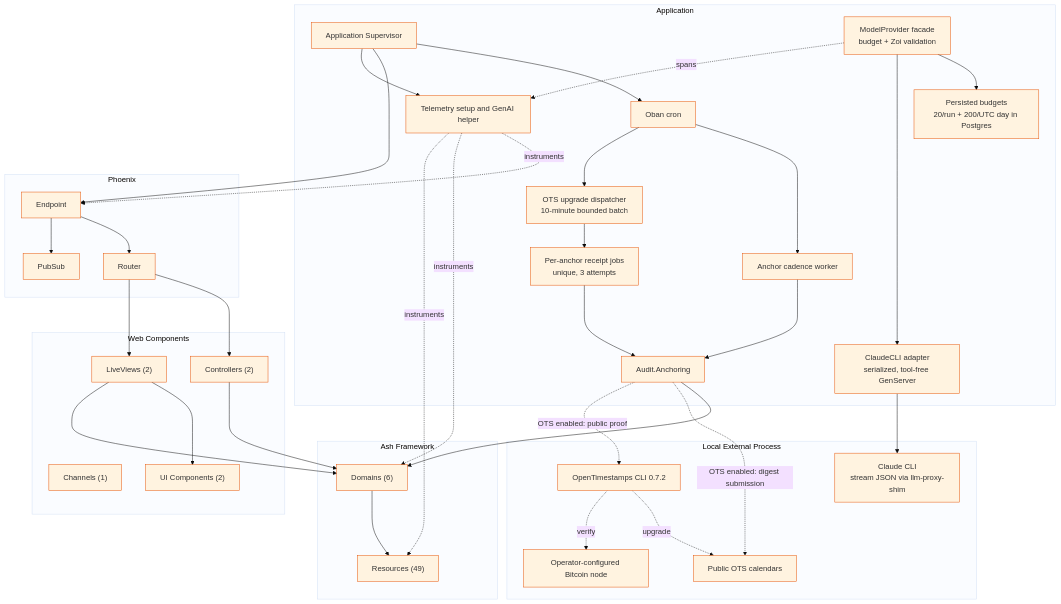
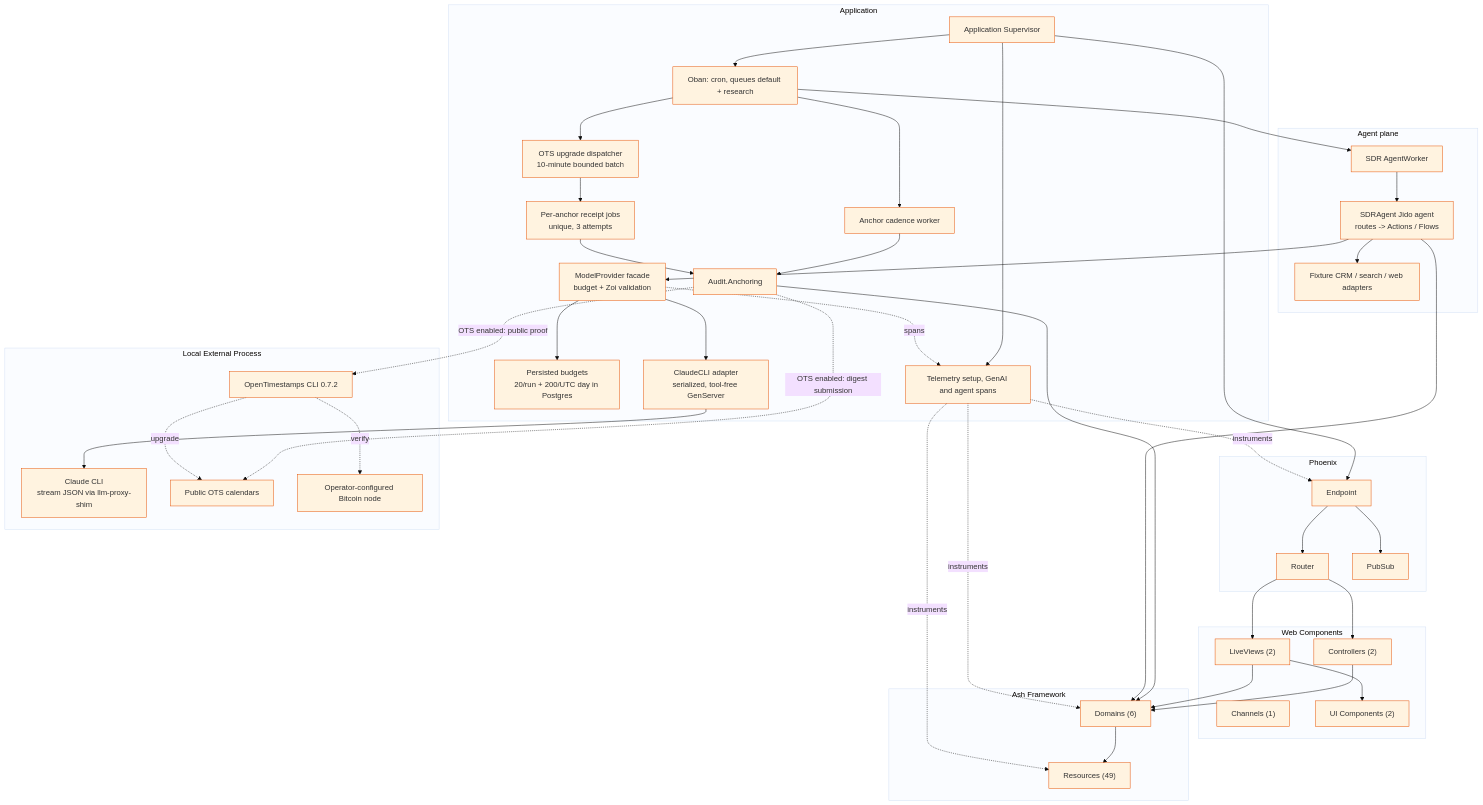
Before and after one commit to chops/sdr_agent: the diagram in docs/architecture/components.mmd, drawn with Mermaid. The commit also changed 3 other files, not shown here.

Commit message:
S7b: architecture diagrams — agent plane runtime flow

```diff
--- a/docs/architecture/components.mmd
+++ b/docs/architecture/components.mmd
@@ -1,68 +1,79 @@
 %%{init: {'theme': 'base', 'themeVariables': { 'primaryColor': '#fff3e0', 'primaryBorderColor': '#e65100'}}}%%
 graph TB
     subgraph Application["Application"]
         App[Application Supervisor]
         Budget[Persisted budgets<br/>20/run + 200/UTC day in Postgres]
         ModelProvider[ModelProvider facade<br/>budget + Zoi validation]
         ClaudeCLIAdapter[ClaudeCLI adapter<br/>serialized, tool-free GenServer]
-        Telemetry[Telemetry setup and GenAI helper]
-        Oban[Oban cron]
+        Telemetry[Telemetry setup, GenAI and agent spans]
+        Oban[Oban: cron, queues default + research]
         Cadence[Anchor cadence worker]
         UpgradeDispatch[OTS upgrade dispatcher<br/>10-minute bounded batch]
         UpgradeJobs[Per-anchor receipt jobs<br/>unique, 3 attempts]
         Anchoring[Audit.Anchoring]
+    end
+
+    subgraph AgentPlane["Agent plane"]
+        AgentWorker[SDR AgentWorker]
+        SDRAgent[SDRAgent Jido agent<br/>routes -> Actions / Flows]
+        Integrations[Fixture CRM / search / web adapters]
     end
 
     subgraph Phoenix["Phoenix"]
         Endpoint[Endpoint]
         Router[Router]
         PubSub[PubSub]
     end
 
     subgraph Web["Web Components"]
         Controllers["Controllers (2)"]
         LiveViews["LiveViews (2)"]
         Channels["Channels (1)"]
         UIComponents["UI Components (2)"]
     end
 
     subgraph Ash["Ash Framework"]
         Domains["Domains (6)"]
         Resources["Resources (49)"]
     end
 
     subgraph External["Local External Process"]
         Claude[Claude CLI<br/>stream JSON via llm-proxy-shim]
         OTSCLI[OpenTimestamps CLI 0.7.2]
         OTSCalendars[Public OTS calendars]
         Bitcoin[Operator-configured Bitcoin node]
     end
 
     App --> Oban
     Oban --> Cadence
     Oban --> UpgradeDispatch
     UpgradeDispatch --> UpgradeJobs
     Cadence --> Anchoring
     UpgradeJobs --> Anchoring
     Anchoring --> Domains
     Anchoring -. OTS enabled: digest submission .-> OTSCalendars
     Anchoring -. OTS enabled: public proof .-> OTSCLI
     OTSCLI -. upgrade .-> OTSCalendars
     OTSCLI -. verify .-> Bitcoin
     App --> Endpoint
     App --> Telemetry
     ModelProvider --> Budget
     ModelProvider --> ClaudeCLIAdapter
     ModelProvider -. spans .-> Telemetry
     ClaudeCLIAdapter --> Claude
+    Oban --> AgentWorker
+    AgentWorker --> SDRAgent
+    SDRAgent --> ModelProvider
+    SDRAgent --> Integrations
+    SDRAgent --> Domains
     Endpoint --> Router
     Endpoint --> PubSub
     Router --> Controllers
     Router --> LiveViews
     LiveViews --> UIComponents
     Controllers --> Domains
     LiveViews --> Domains
     Domains --> Resources
     Telemetry -. instruments .-> Endpoint
     Telemetry -. instruments .-> Domains
     Telemetry -. instruments .-> Resources
```
